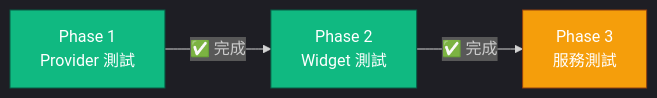
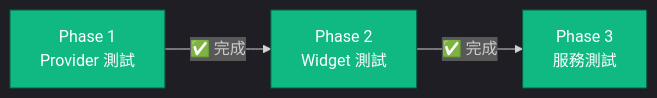
The second of 3 diagrams in docs/TEST_COVERAGE_PLAN.md (Neal75418/afterclose), drawn with Mermaid before and after one commit. The commit also changed other lines of this file and 4 other files, not shown here.

````diff
--- a/docs/TEST_COVERAGE_PLAN.md
+++ b/docs/TEST_COVERAGE_PLAN.md
@@ -29,14 +29,14 @@
 ```mermaid
 %%{init: {'theme': 'dark'}}%%
 flowchart LR
     P1["Phase 1\nProvider 測試"]
     P2["Phase 2\nWidget 測試"]
     P3["Phase 3\n服務測試"]
 
     P1 -->|✅ 完成| P2
     P2 -->|✅ 完成| P3
 
     style P1 fill:#10B981,stroke:#065F46,color:#fff
     style P2 fill:#10B981,stroke:#065F46,color:#fff
-    style P3 fill:#F59E0B,stroke:#92400E,color:#fff
+    style P3 fill:#10B981,stroke:#065F46,color:#fff
 ```
````
